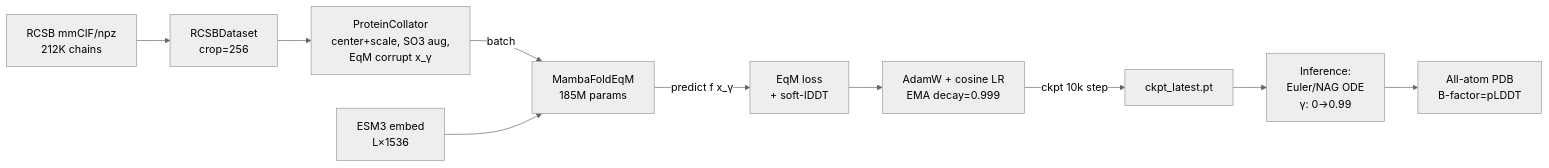
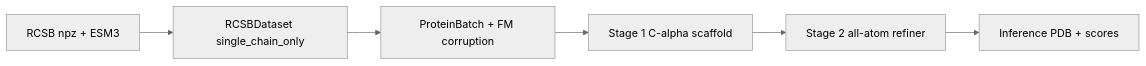
Before and after one commit to eightmm/mambafold: the diagram in docs/README.md, drawn with Mermaid (neutral theme). The commit also changed other lines of this file and 158 other files, not shown here.

Commit message:
refactor: reset single-chain pipeline

````diff
--- a/docs/README.md
+++ b/docs/README.md
@@ -25,12 +13,8 @@
 ```mermaid
 flowchart LR
-    A[RCSB mmCIF/npz<br/>212K chains] --> B[RCSBDataset<br/>crop=256]
-    B --> C[ProteinCollator<br/>center+scale, SO3 aug,<br/>EqM corrupt x_γ]
-    C -->|batch| D[MambaFoldEqM<br/>185M params]
-    E[ESM3 embed<br/>L×1536] --> D
-    D -->|predict f x_γ| F[EqM loss<br/>+ soft-lDDT]
-    F --> G[AdamW + cosine LR<br/>EMA decay=0.999]
-    G -->|ckpt 10k step| H[ckpt_latest.pt]
-    H --> I[Inference:<br/>Euler/NAG ODE<br/>γ: 0→0.99]
-    I --> J[All-atom PDB<br/>B-factor=pLDDT]
+    A[RCSB npz + ESM3] --> B[RCSBDataset single_chain_only]
+    B --> C[ProteinBatch + FM corruption]
+    C --> D[Stage 1 C-alpha scaffold]
+    D --> E[Stage 2 all-atom refiner]
+    E --> F[Inference PDB + scores]
 ```
````
